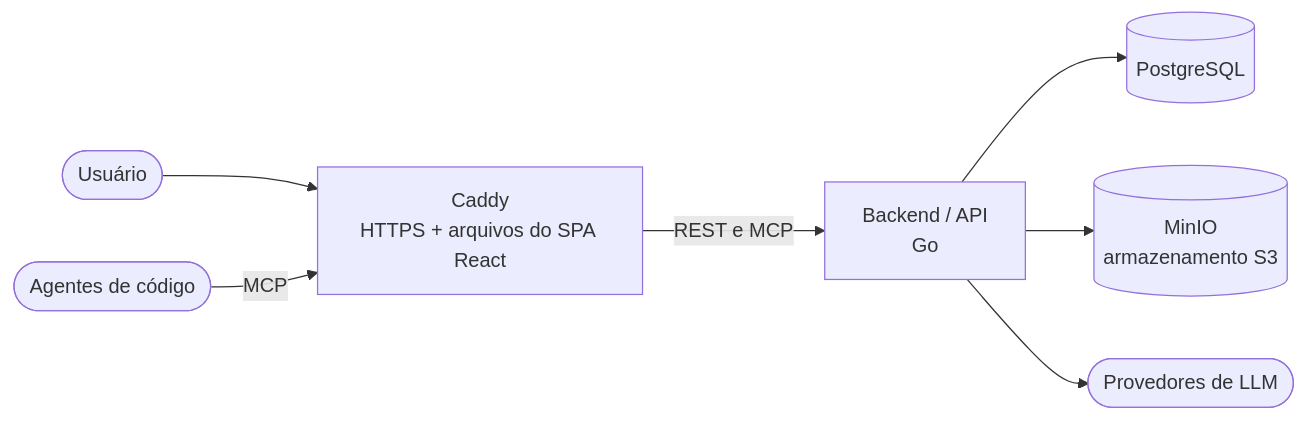
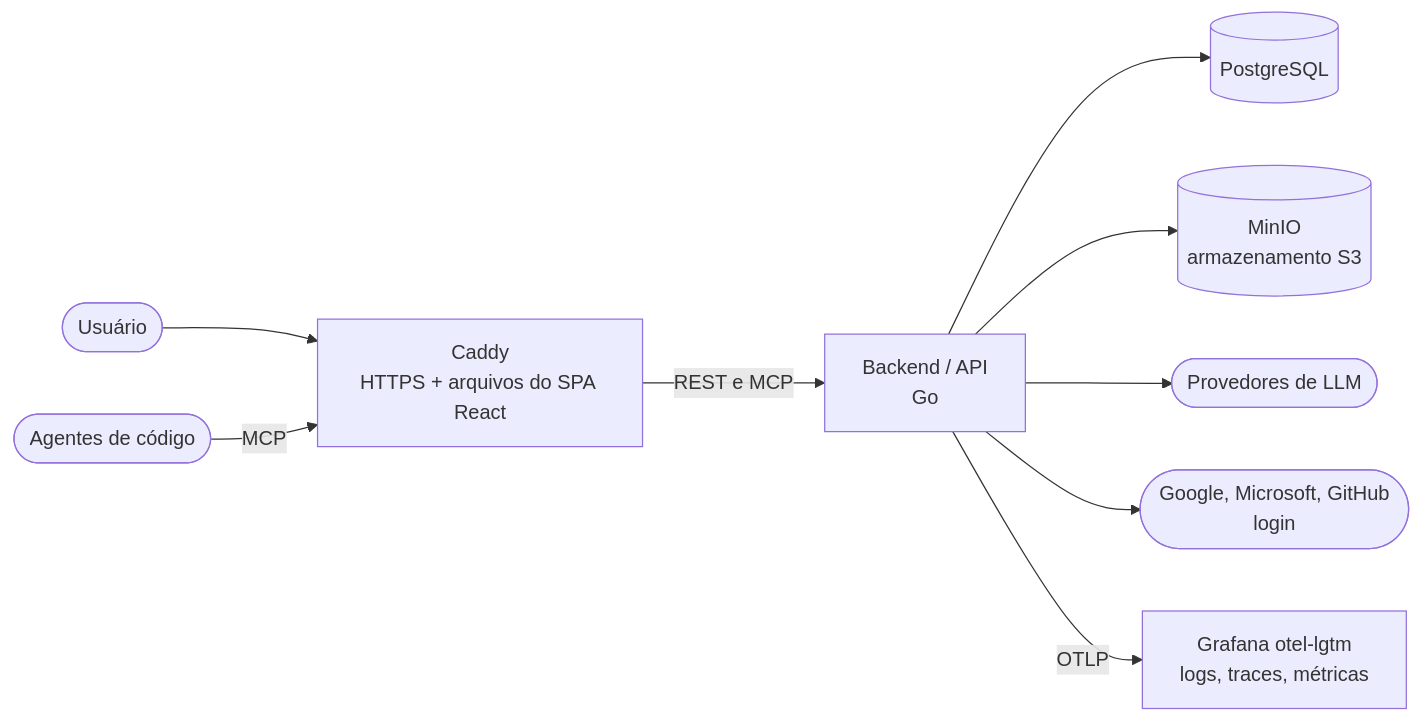
One commit to dannilodms/forgespark changed the diagram in README.pt-BR.md. Above: the diagram before and after it, drawn with Mermaid. The commit also changed other lines of this file and 8 other files, not shown here.

First line of the commit message:
docs: record API conventions, identifiers, login and observability

````diff
--- a/README.pt-BR.md
+++ b/README.pt-BR.md
@@ -43,9 +43,11 @@
 ```mermaid
 flowchart LR
     user([Usuário]) --> proxy[Caddy<br/>HTTPS + arquivos do SPA React]
     agents([Agentes de código]) -->|MCP| proxy
     proxy -->|REST e MCP| api[Backend / API<br/>Go]
     api --> db[(PostgreSQL)]
     api --> storage[(MinIO<br/>armazenamento S3)]
     api --> llm([Provedores de LLM])
+    api --> idp([Google, Microsoft, GitHub<br/>login])
+    api -->|OTLP| telemetry[Grafana otel-lgtm<br/>logs, traces, métricas]
 ```
````
